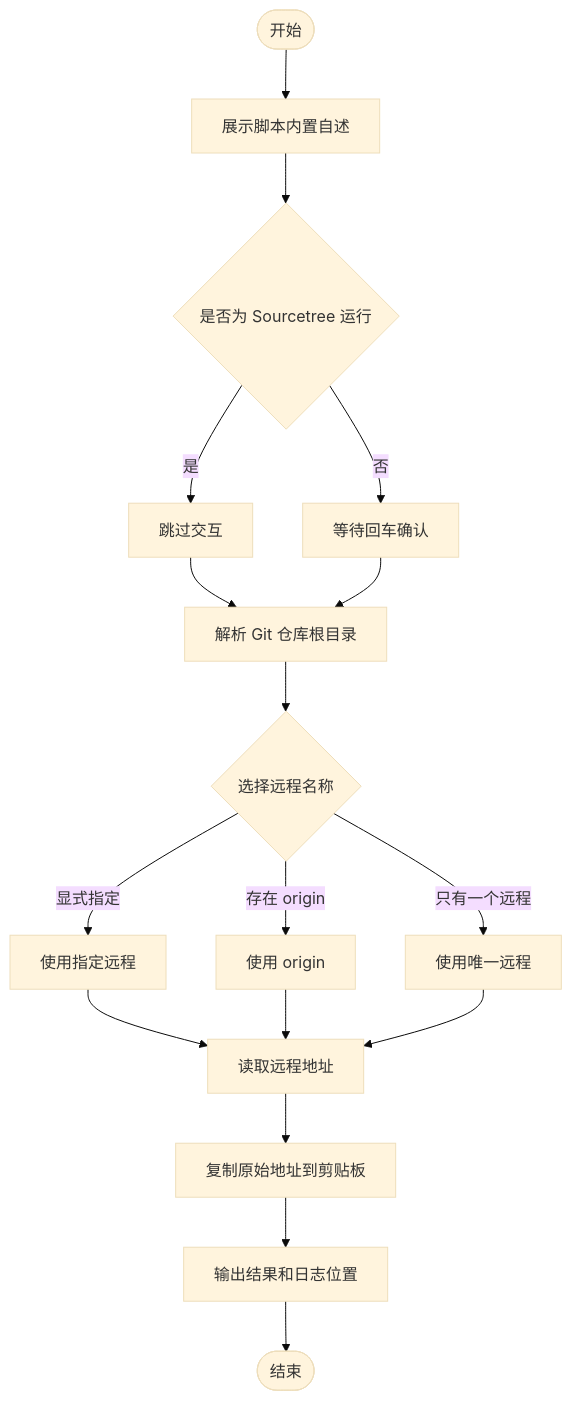
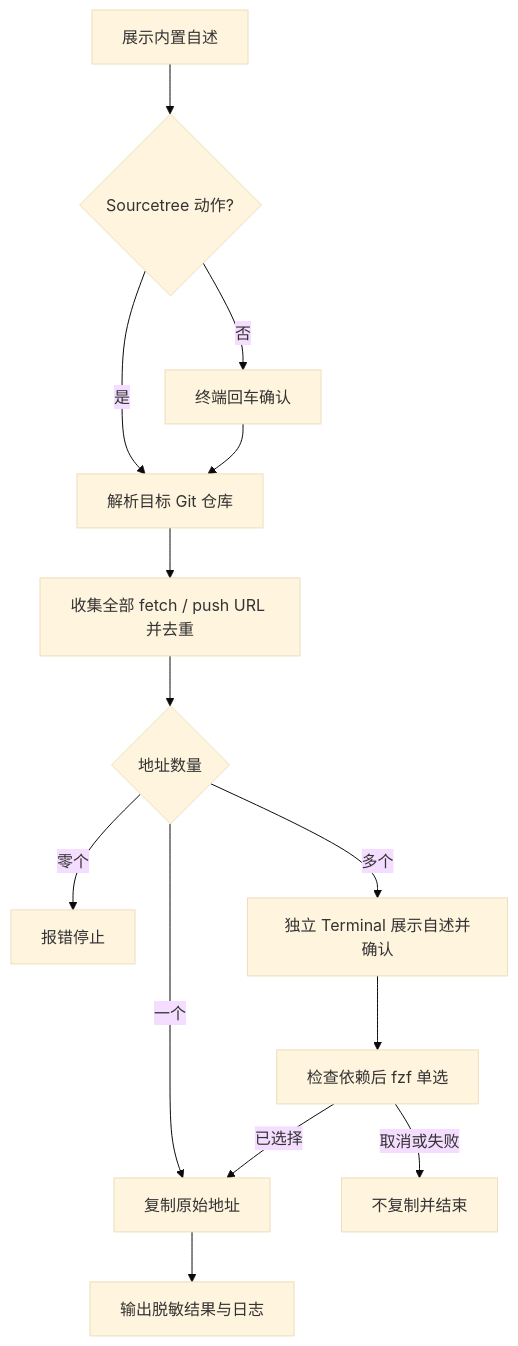
The diagram in MacOS/【MacOS@SourceTree】🌐获取远程仓库地址.command/README.md (JobsKits/SourceTree.sh), drawn with Mermaid (base theme) before and after one commit. The commit also changed other lines of this file and 57 other files, not shown here.

````diff
--- a/MacOS/【MacOS@SourceTree】🌐获取远程仓库地址.command/README.md
+++ b/MacOS/【MacOS@SourceTree】🌐获取远程仓库地址.command/README.md
@@ -108,19 +120,16 @@
 ```mermaid
-graph TD
-  A([开始]) --> B[展示脚本内置自述]
-  B --> C{是否为 Sourcetree 运行}
-  C -->|是| D[跳过交互]
-  C -->|否| E[等待回车确认]
-  D --> F[解析 Git 仓库根目录]
-  E --> F
-  F --> G{选择远程名称}
-  G -->|显式指定| H[使用指定远程]
-  G -->|存在 origin| I[使用 origin]
-  G -->|只有一个远程| J[使用唯一远程]
-  H --> K[读取远程地址]
-  I --> K
-  J --> K
-  K --> L[复制原始地址到剪贴板]
-  L --> M[输出结果和日志位置]
-  M --> N([结束])
+flowchart TD
+  A[展示内置自述] --> B{Sourcetree 动作?}
+  B -->|是| D[解析目标 Git 仓库]
+  B -->|否| C[终端回车确认]
+  C --> D
+  D --> E[收集全部 fetch / push URL 并去重]
+  E --> F{地址数量}
+  F -->|零个| X[报错停止]
+  F -->|一个| I[复制原始地址]
+  F -->|多个| G[独立 Terminal 展示自述并确认]
+  G --> H[检查依赖后 fzf 单选]
+  H -->|已选择| I
+  H -->|取消或失败| Y[不复制并结束]
+  I --> J[输出脱敏结果与日志]
 ```
````
